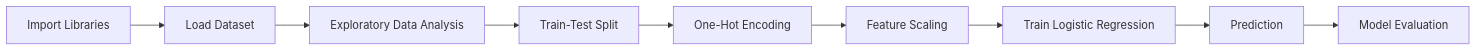
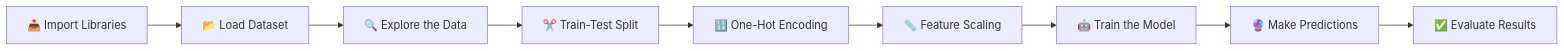
Before and after one commit to khaled-amireh/Customer-Churn-Prediction: the diagram in README.md, drawn with Mermaid. The commit also changed other lines of this file, not shown here.

````diff
--- a/README.md
+++ b/README.md
@@ -75,11 +93,11 @@
 ```mermaid
 flowchart LR
-    A[Import Libraries] --> B[Load Dataset]
-    B --> C[Exploratory Data Analysis]
-    C --> D[Train-Test Split]
-    D --> E[One-Hot Encoding]
-    E --> F[Feature Scaling]
-    F --> G[Train Logistic Regression]
-    G --> H[Prediction]
-    H --> I[Model Evaluation]
+    A[📥 Import Libraries] --> B[📂 Load Dataset]
+    B --> C[🔍 Explore the Data]
+    C --> D[✂️ Train-Test Split]
+    D --> E[🔢 One-Hot Encoding]
+    E --> F[📏 Feature Scaling]
+    F --> G[🤖 Train the Model]
+    G --> H[🔮 Make Predictions]
+    H --> I[✅ Evaluate Results]
 ```
````
